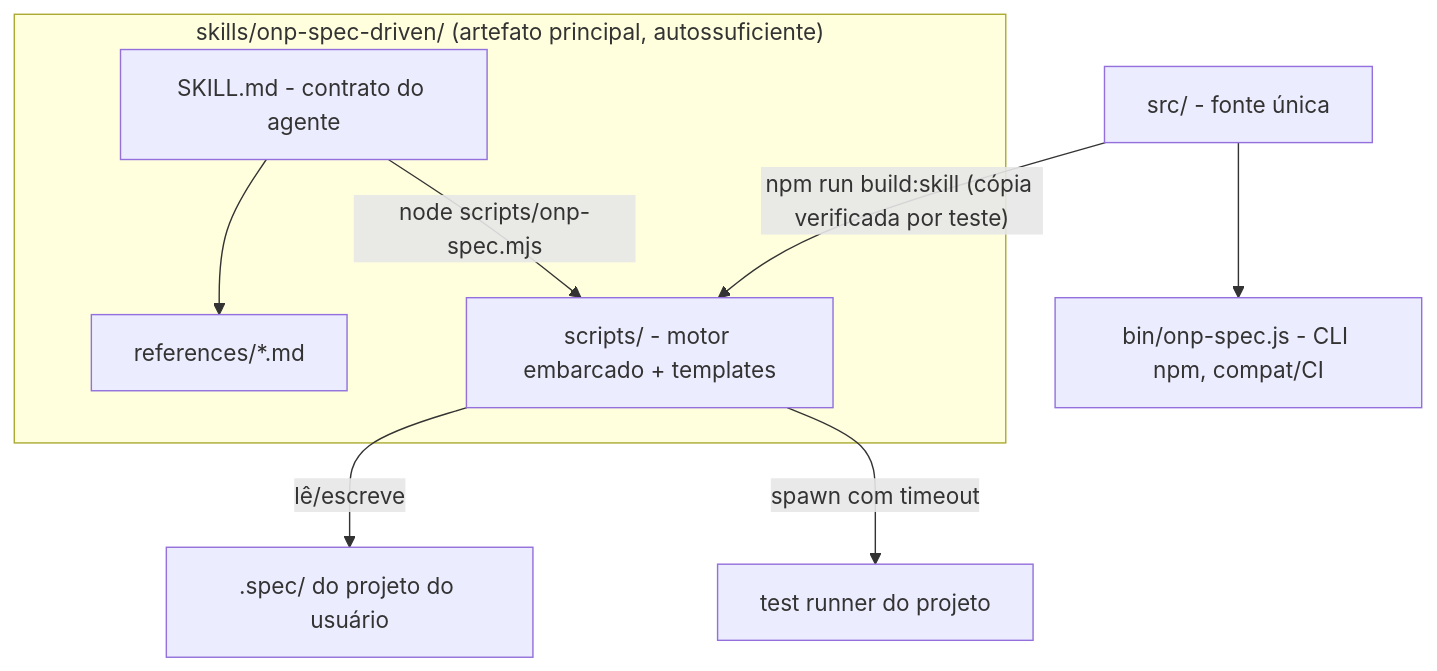
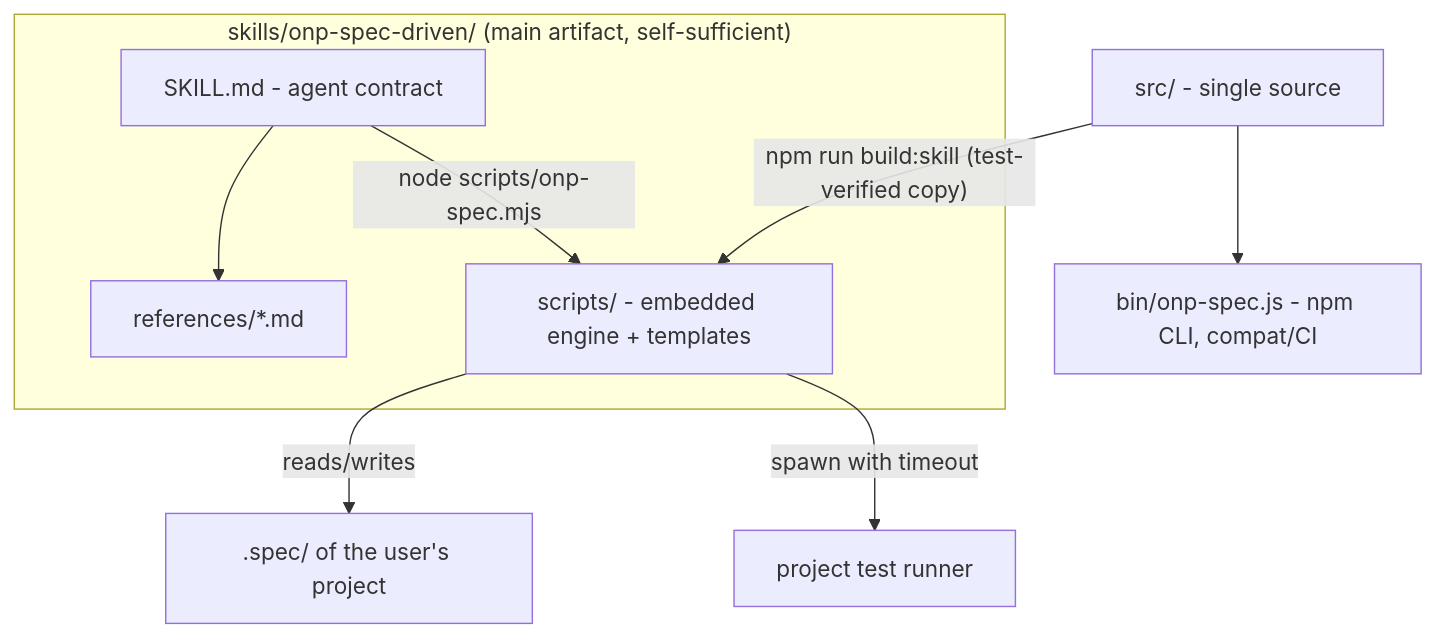
One commit to EdCryptoFi/ade changed the diagram in packages/onp-spec/docs/TDD-skill-harness.md. Above: the diagram before and after it, drawn with Mermaid. The commit also changed other lines of this file and 106 other files, not shown here.

Commit message:
feat(onp-spec): security hardening (shell/glob/traversal) + opencode agent support

````diff
--- a/packages/onp-spec/docs/TDD-skill-harness.md
+++ b/packages/onp-spec/docs/TDD-skill-harness.md
@@ -115,11 +116,11 @@
 ```mermaid
 graph TD
-    subgraph "skills/onp-spec-driven/  (artefato principal, autossuficiente)"
-        SK[SKILL.md - contrato do agente] --> REF[references/*.md]
-        SK -->|"node scripts/onp-spec.mjs"| ENG[scripts/ - motor embarcado + templates]
+    subgraph "skills/onp-spec-driven/  (main artifact, self-sufficient)"
+        SK[SKILL.md - agent contract] --> REF[references/*.md]
+        SK -->|"node scripts/onp-spec.mjs"| ENG[scripts/ - embedded engine + templates]
     end
-    SRC[src/ - fonte única] -->|"npm run build:skill (cópia verificada por teste)"| ENG
-    SRC --> CLI[bin/onp-spec.js - CLI npm, compat/CI]
-    ENG -->|lê/escreve| SPEC[".spec/ do projeto do usuário"]
-    ENG -->|"spawn com timeout"| RUNNER[test runner do projeto]
+    SRC[src/ - single source] -->|"npm run build:skill (test-verified copy)"| ENG
+    SRC --> CLI[bin/onp-spec.js - npm CLI, compat/CI]
+    ENG -->|reads/writes| SPEC[".spec/ of the user's project"]
+    ENG -->|"spawn with timeout"| RUNNER[project test runner]
 ```
````
